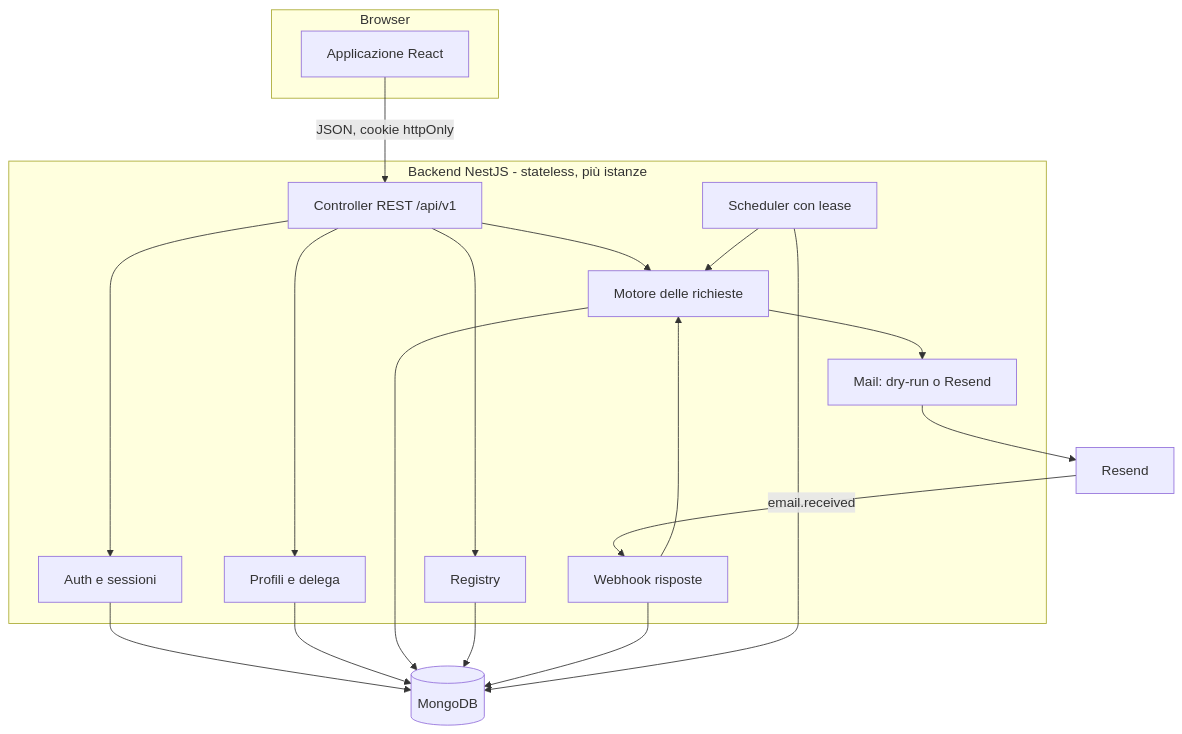
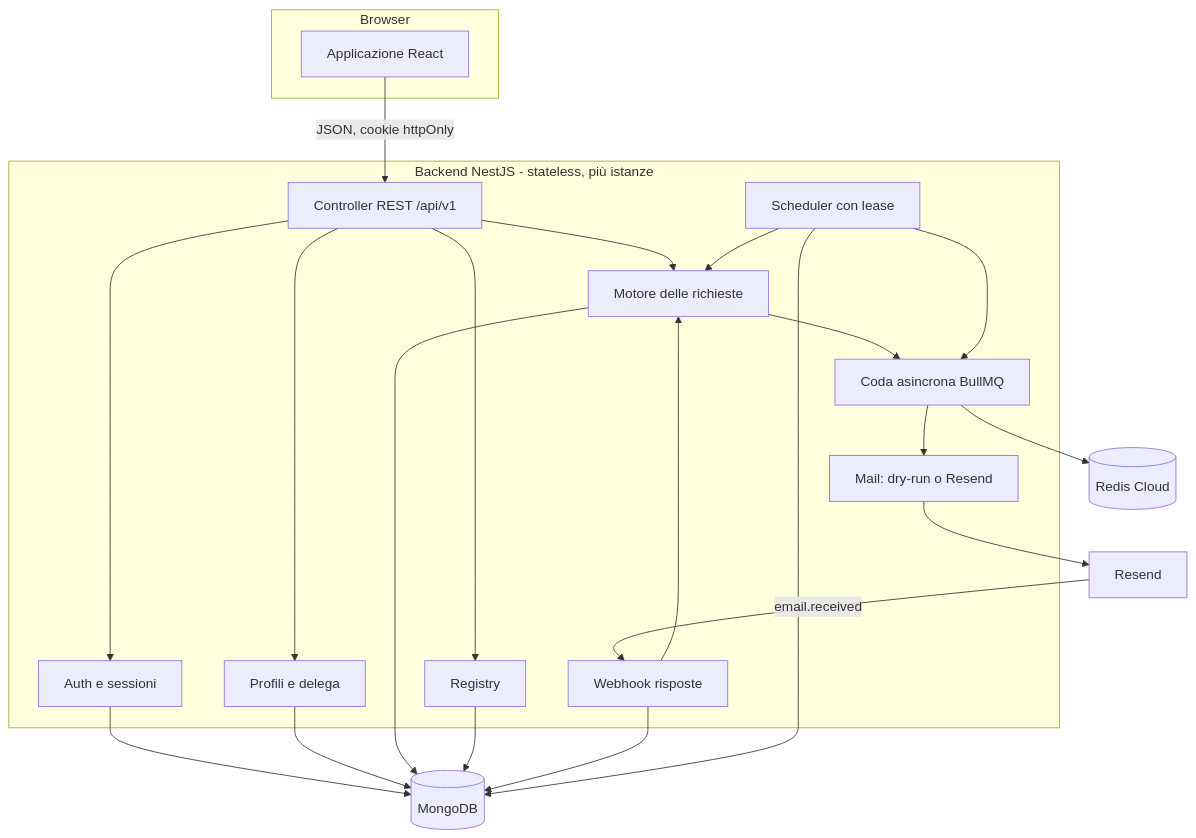
The diagram in docs/07-architettura.md (bagleyspot/cancellamy-backend), drawn with Mermaid before and after one commit. The commit also changed other lines of this file and 30 other files, not shown here.

First line of the commit message:
feat(queue): integrate BullMQ and Redis for staggered email dispatching and quota guard (#1)

````diff
--- a/docs/07-architettura.md
+++ b/docs/07-architettura.md
@@ -5,24 +5,27 @@
 ```mermaid
 flowchart TB
   subgraph Browser
     SPA[Applicazione React]
   end
   subgraph API[Backend NestJS - stateless, più istanze]
     HTTP[Controller REST /api/v1]
     AUTH[Auth e sessioni]
     PROF[Profili e delega]
     REQ[Motore delle richieste]
+    QUEUE[Coda asincrona BullMQ]
     INB[Webhook risposte]
     SCH[Scheduler con lease]
     REG[Registry]
     MAIL[Mail: dry-run o Resend]
   end
   DB[(MongoDB)]
+  REDIS[(Redis Cloud)]
   RES[Resend]
   SPA -->|JSON, cookie httpOnly| HTTP
   HTTP --> AUTH & PROF & REQ & REG
-  REQ --> MAIL --> RES
+  REQ --> QUEUE --> REDIS
+  QUEUE --> MAIL --> RES
   RES -->|email.received| INB --> REQ
-  SCH --> REQ
+  SCH --> QUEUE & REQ
   AUTH & PROF & REQ & REG & INB & SCH --> DB
 ```
````
